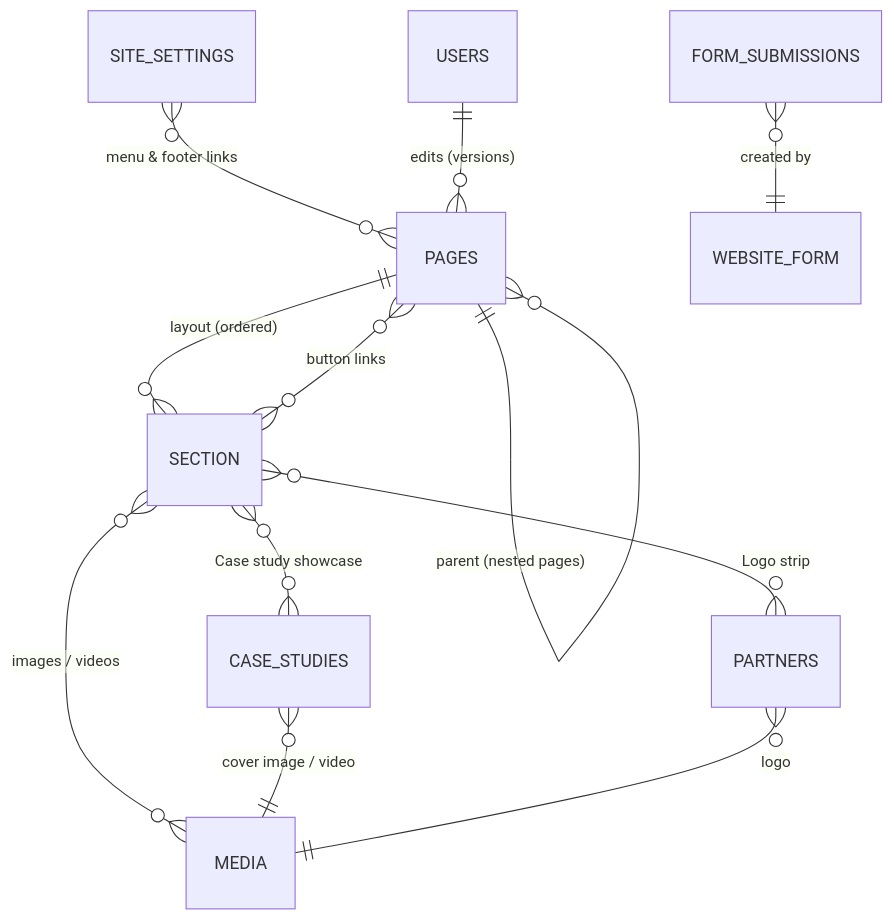
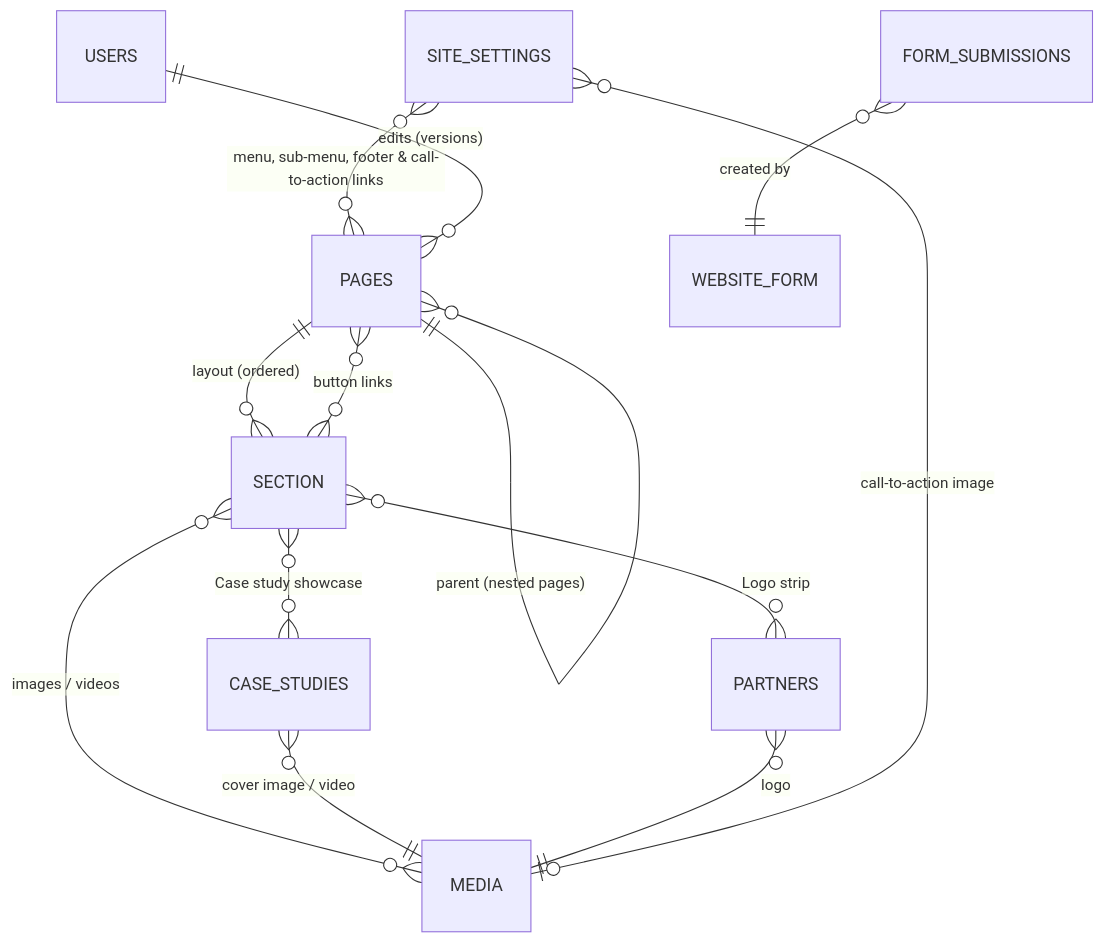
The third of 8 diagrams in docs/architecture.md (nidheeshvb/PLG), drawn with Mermaid before and after one commit. The commit also changed other lines of this file and 84 other files, not shown here.

````diff
--- a/docs/architecture.md
+++ b/docs/architecture.md
@@ -100,14 +101,15 @@
 ```mermaid
 erDiagram
   PAGES ||--o{ PAGES : "parent (nested pages)"
   PAGES ||--o{ SECTION : "layout (ordered)"
   SECTION }o--o{ MEDIA : "images / videos"
   SECTION }o--o{ CASE_STUDIES : "Case study showcase"
   SECTION }o--o{ PARTNERS : "Logo strip"
   SECTION }o--o{ PAGES : "button links"
   CASE_STUDIES }o--|| MEDIA : "cover image / video"
   PARTNERS }o--|| MEDIA : "logo"
-  SITE_SETTINGS }o--o{ PAGES : "menu & footer links"
+  SITE_SETTINGS }o--o{ PAGES : "menu, sub-menu, footer & call-to-action links"
+  SITE_SETTINGS }o--o| MEDIA : "call-to-action image"
   USERS ||--o{ PAGES : "edits (versions)"
   FORM_SUBMISSIONS }o--|| WEBSITE_FORM : "created by"
 ```
````
